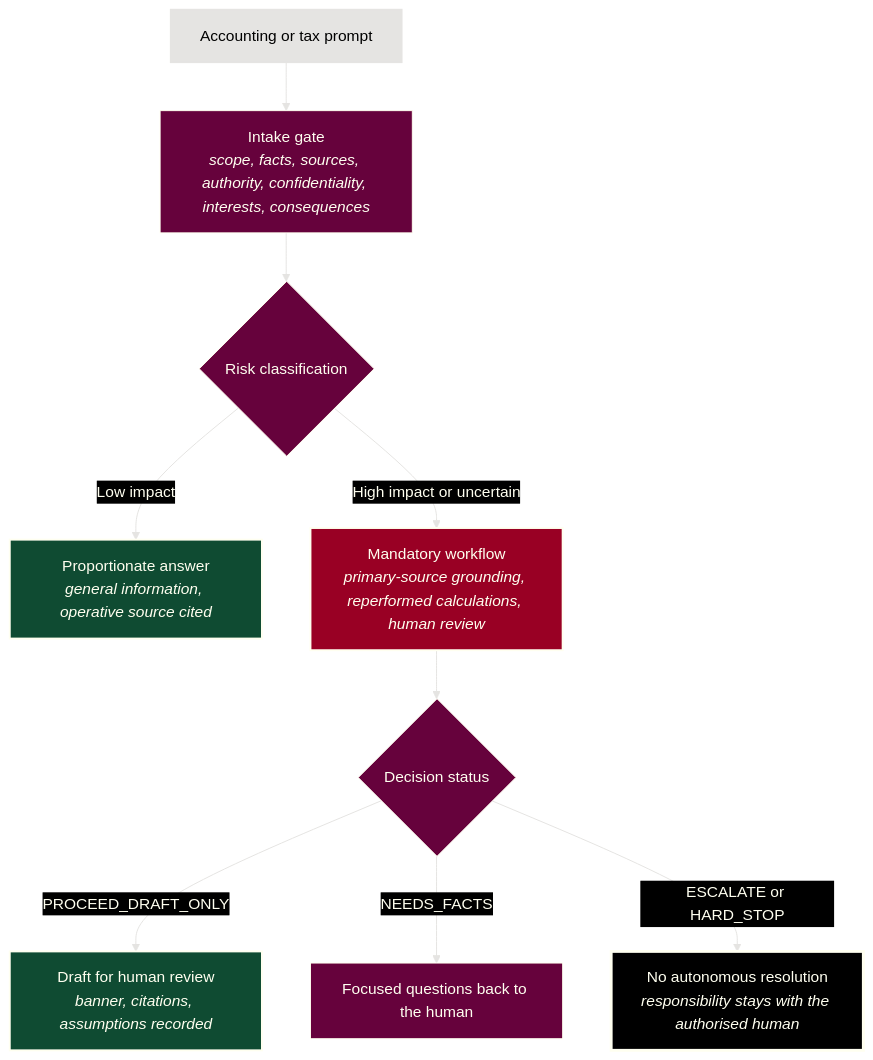
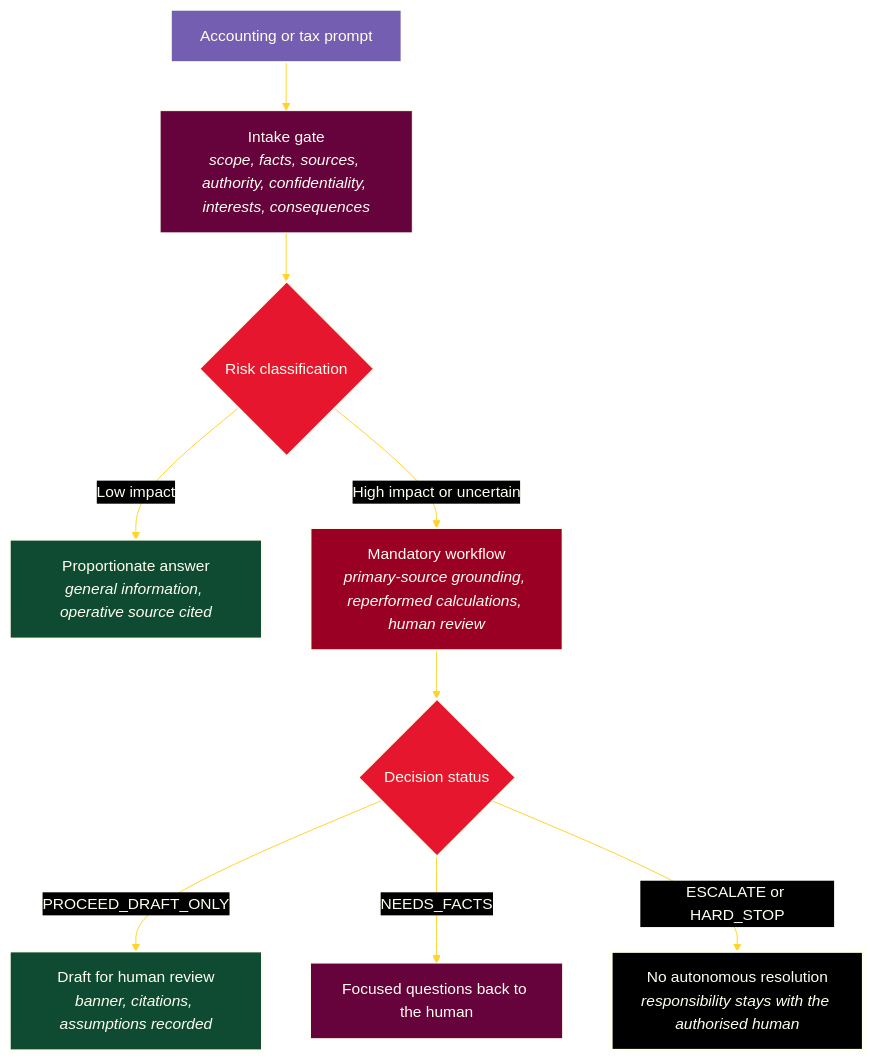
One commit to ryanduguid/llm-tax-guardrails changed the diagram in README.md. Above: the diagram before and after it, drawn with Mermaid. The commit also changed 1 other file, not shown here.

Commit message:
docs: extend Mermaid accent palette (#173)

````diff
--- a/README.md
+++ b/README.md
@@ -56,21 +56,23 @@
 ```mermaid
 flowchart TD
-%%{init: {"theme": "base", "look": "classic", "themeVariables": {"background": "#000000", "primaryColor": "#66023C", "primaryTextColor": "#FFFFF0", "primaryBorderColor": "#FFFFF0", "lineColor": "#E5E4E2", "textColor": "#FFFFF0", "edgeLabelBackground": "#000000", "clusterBkg": "#000000", "clusterBorder": "#E5E4E2", "titleColor": "#E5E4E2"}}}%%
+%%{init: {"theme": "base", "look": "classic", "themeVariables": {"background": "#000000", "primaryColor": "#66023C", "primaryTextColor": "#FFFFF0", "primaryBorderColor": "#FFFFF0", "lineColor": "#FFD32A", "textColor": "#FFFFF0", "edgeLabelBackground": "#000000", "clusterBkg": "#000000", "clusterBorder": "#9B7735", "titleColor": "#E5E4E2"}}}%%
     Prompt["Accounting or tax prompt"] --> Gate["Intake gate<br/><i>scope, facts, sources, authority, confidentiality, interests, consequences</i>"]
     Gate --> Risk{"Risk classification"}
 
     Risk -->|"Low impact"| Prop["Proportionate answer<br/><i>general information, operative source cited</i>"]
     Risk -->|"High impact or uncertain"| Flow["Mandatory workflow<br/><i>primary-source grounding, reperformed calculations, human review</i>"]
 
     Flow --> Status{"Decision status"}
     Status -->|"PROCEED_DRAFT_ONLY"| Draft["Draft for human review<br/><i>banner, citations, assumptions recorded</i>"]
     Status -->|"NEEDS_FACTS"| Facts["Focused questions back to the human"]
     Status -->|"ESCALATE or HARD_STOP"| Stop["No autonomous resolution<br/><i>responsibility stays with the authorised human</i>"]
 
     style Prop fill:#0F4B32,stroke:#FFFFF0,stroke-width:2px,color:#FFFFF0
     style Flow fill:#990024,stroke:#FFFFF0,stroke-width:2px,color:#FFFFF0
     style Draft fill:#0F4B32,stroke:#FFFFF0,stroke-width:2px,color:#FFFFF0
     style Stop fill:#000000,stroke:#FFFFF0,stroke-width:3px,color:#FFFFF0
-    classDef external fill:#E5E4E2,stroke:#E5E4E2,stroke-width:2px,color:#000000
+    classDef external fill:#745EB1,stroke:#FFFFF0,stroke-width:2px,color:#FFFFF0
     class Prompt external
+    classDef decision fill:#E7162F,stroke:#FFFFF0,stroke-width:2px,color:#FFFFF0
+    class Risk,Status decision
 ```
````
